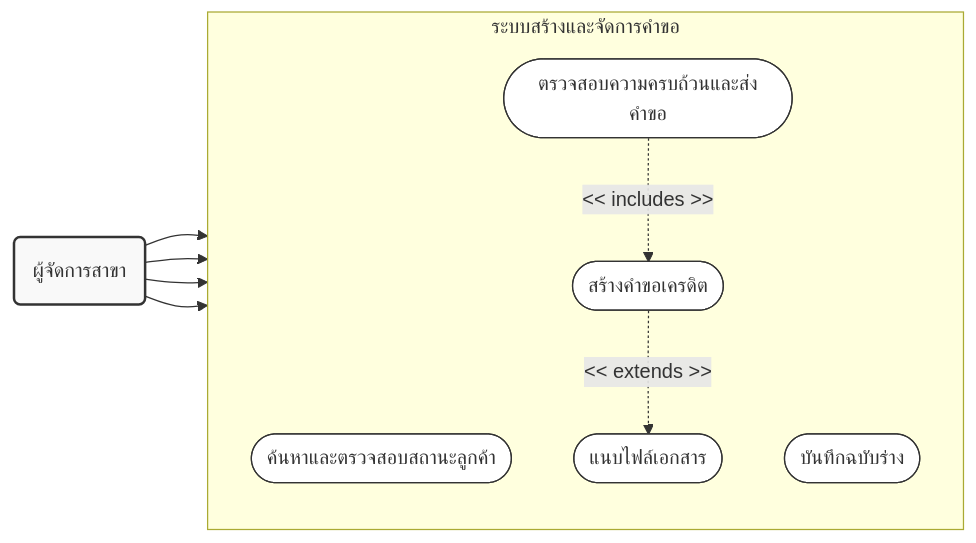
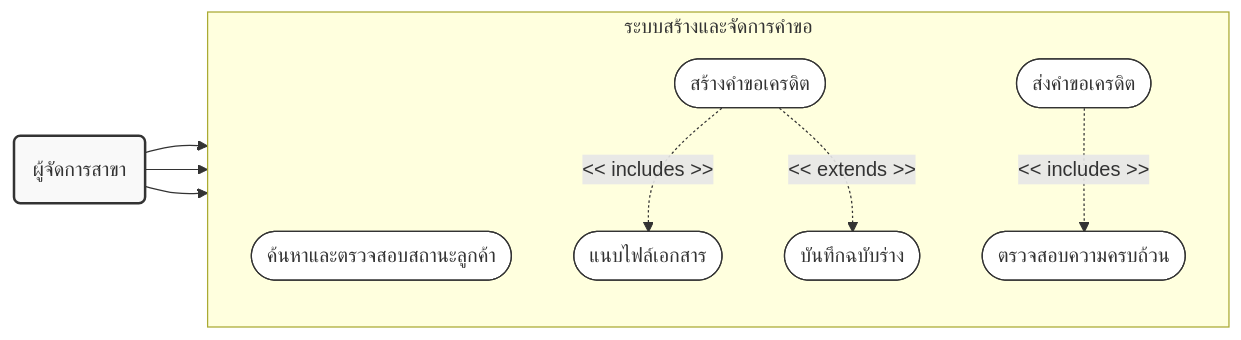
One commit to JinnawatJid/iNsightDocs changed the third of 6 diagrams in docs/presentations/use_case_diagram.md. Above: the diagram before and after it, drawn with Mermaid. The commit also changed other lines of this file, not shown here.

Commit message:
docs: refine request creation use case logic

````diff
--- a/docs/presentations/use_case_diagram.md
+++ b/docs/presentations/use_case_diagram.md
@@ -107,24 +113,25 @@
 ```mermaid
 flowchart LR
     classDef actorStyle fill:#f9f9f9,stroke:#333,stroke-width:2px;
     classDef useCaseStyle fill:#fff,stroke:#333,stroke-width:1px;
 
     BM(ผู้จัดการสาขา):::actorStyle
 
     subgraph ReqSystem [ระบบสร้างและจัดการคำขอ]
         direction TB
         UC1([ค้นหาและตรวจสอบสถานะลูกค้า]):::useCaseStyle
         UC2([สร้างคำขอเครดิต]):::useCaseStyle
         UC3([แนบไฟล์เอกสาร]):::useCaseStyle
         UC4([บันทึกฉบับร่าง]):::useCaseStyle
-        UC5([ตรวจสอบความครบถ้วนและส่งคำขอ]):::useCaseStyle
+        UC5([ส่งคำขอเครดิต]):::useCaseStyle
+        UC6([ตรวจสอบความครบถ้วน]):::useCaseStyle
     end
 
     BM --> UC1
     BM --> UC2
-    BM --> UC4
     BM --> UC5
 
-    UC2 -. "<< extends >>" .-> UC3
-    UC5 -. "<< includes >>" .-> UC2
+    UC2 -. "<< includes >>" .-> UC3
+    UC2 -. "<< extends >>" .-> UC4
+    UC5 -. "<< includes >>" .-> UC6
 ```
````
